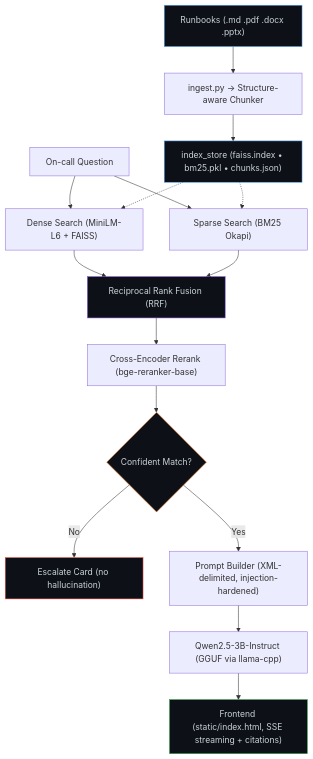
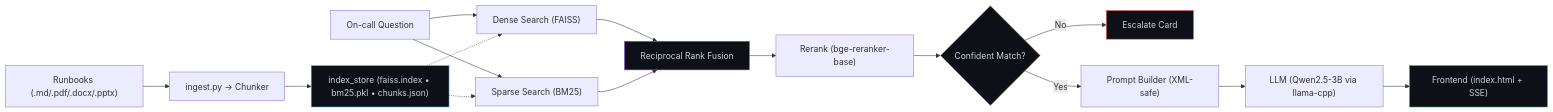
One commit to AvichalKhanna/hpe-runbook changed the first of 2 diagrams in README.md. Above: the diagram before and after it, drawn with Mermaid.

Commit message:
Refactor flowchart in README for clarity

````diff
--- a/README.md
+++ b/README.md
@@ -39,32 +39,29 @@
 ```mermaid
-flowchart TD
-    A["Runbooks (.md .pdf .docx .pptx)"]
-        --> B["ingest.py → Structure-aware Chunker"]
-        --> C["index_store (faiss.index • bm25.pkl • chunks.json)"]
+flowchart LR
+    A["Runbooks (.md/.pdf/.docx/.pptx)"] --> B["ingest.py → Chunker"]
+    B --> C["index_store (faiss.index • bm25.pkl • chunks.json)"]
 
-    Q["On-call Question"]
-        --> D["Dense Search (MiniLM-L6 + FAISS)"]
-    Q --> E["Sparse Search (BM25 Okapi)"]
+    Q["On-call Question"] --> D["Dense Search (FAISS)"]
+    Q --> E["Sparse Search (BM25)"]
 
     C -.-> D
     C -.-> E
 
-    D --> F["Reciprocal Rank Fusion (RRF)"]
+    D --> F["Reciprocal Rank Fusion"]
     E --> F
-    F --> G["Cross-Encoder Rerank (bge-reranker-base)"]
+    F --> G["Rerank (bge-reranker-base)"]
 
     G --> H{"Confident Match?"}
-    H -->|No| I["Escalate Card (no hallucination)"]
-    H -->|Yes| J["Prompt Builder (XML-delimited, injection-hardened)"]
+    H -->|No| I["Escalate Card"]
+    H -->|Yes| J["Prompt Builder (XML-safe)"]
 
-    J --> K["Qwen2.5-3B-Instruct (GGUF via llama-cpp)"]
-    K --> L["Frontend (static/index.html, SSE streaming + citations)"]
+    J --> K["LLM (Qwen2.5-3B via llama-cpp)"]
+    K --> L["Frontend (index.html + SSE)"]
 
-    %% Styling for readability
-    style A fill:#0d1117,stroke:#58A6FF,color:#C9D1D9
+    %% Styling
     style C fill:#0d1117,stroke:#58A6FF,color:#C9D1D9
     style F fill:#0d1117,stroke:#8957E5,color:#C9D1D9
     style H fill:#0d1117,stroke:#F58025,color:#C9D1D9
     style I fill:#0d1117,stroke:#F85149,color:#C9D1D9
     style L fill:#0d1117,stroke:#2EA043,color:#C9D1D9
 ```
````
